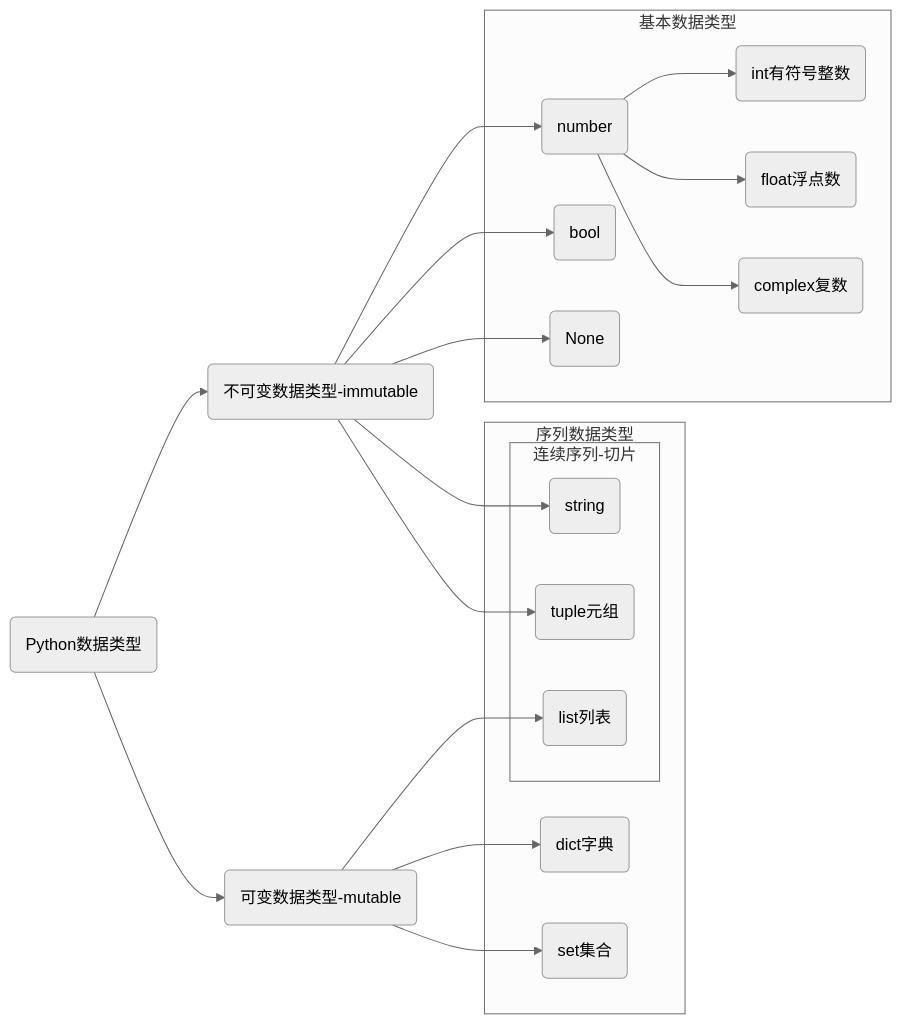
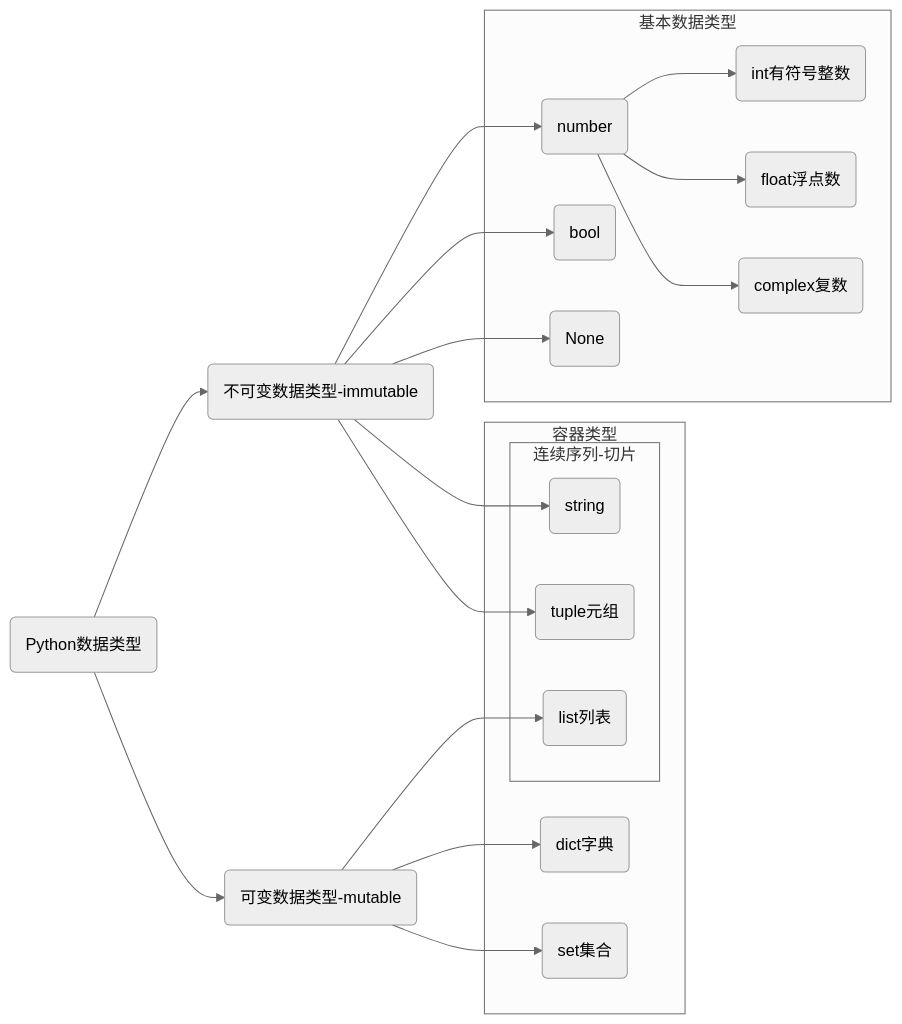
Before and after one commit to hughxusu/lesson-py: the diagram in docs/a-base/11-类型.md, drawn with Mermaid (neutral theme). The commit also changed other lines of this file and 20 other files, not shown here.

````diff
--- a/docs/a-base/11-类型.md
+++ b/docs/a-base/11-类型.md
@@ -5,33 +5,33 @@
 ```mermaid
 graph LR
 a(Python数据类型)-->b(不可变数据类型-immutable)
 b-->c(number)
 b-->bool(bool)
 b-->none(None)
 c-->int(int有符号整数)
 c-->float(float浮点数)
 c-->cpx(complex复数)
 a-->d(可变数据类型-mutable)
 b-->str(string)
 b-->tup(tuple元组)
 d-->list(list列表)
 d-->dict(dict字典)
 d-->set(set集合)
-subgraph 序列数据类型
+subgraph 容器类型
 	subgraph 连续序列-切片
     str
     tup
     list
    end
 dict
 set
 end
 subgraph 基本数据类型
 c
 bool
 int
 float
 cpx
 none
 end
 ```
````
